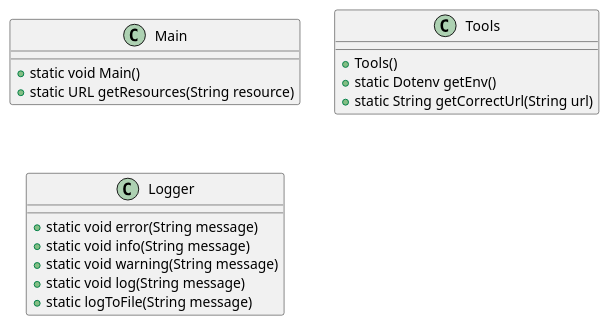
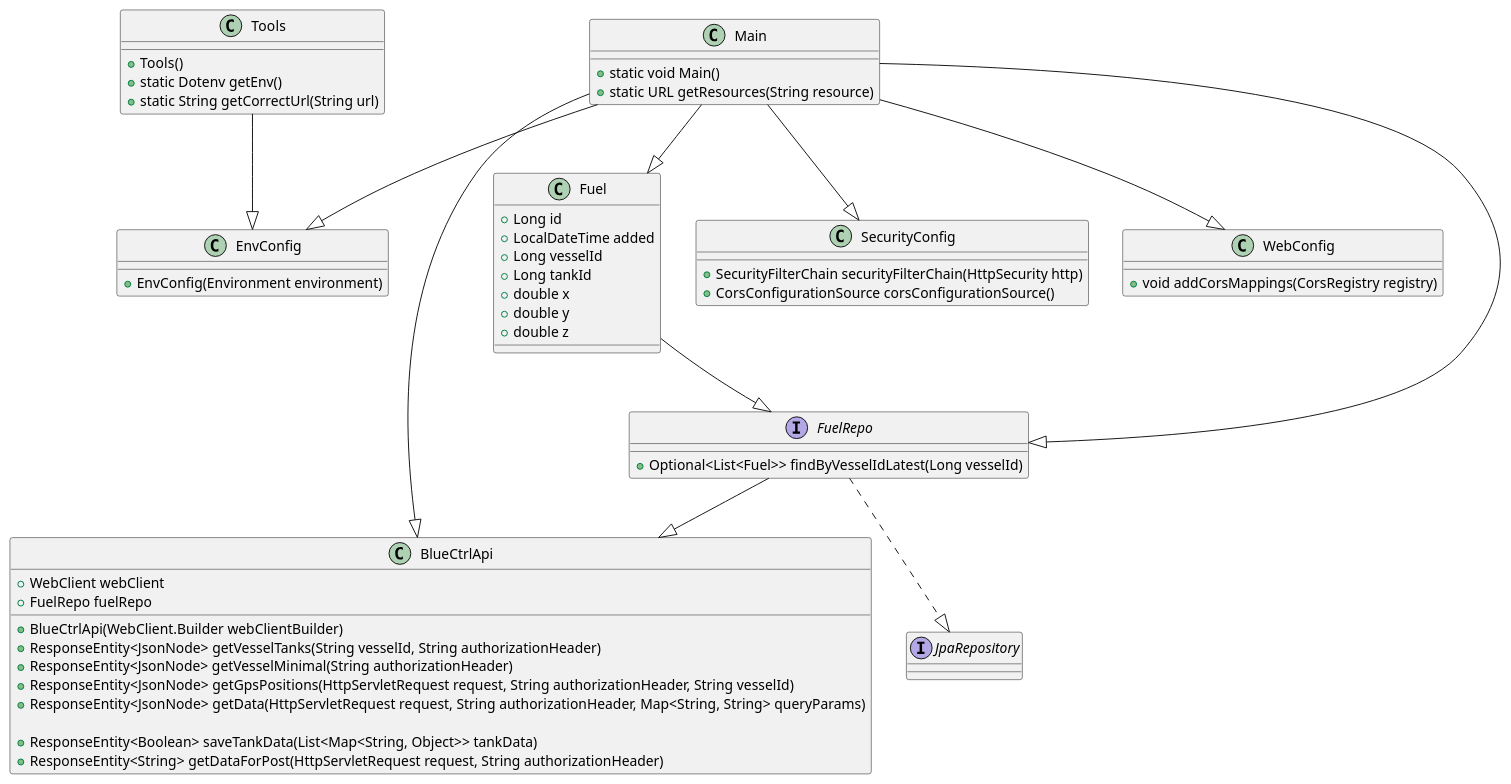
One commit to Itszipzon/BlueCTRL_Bachelor changed the diagram in server/classDiagram.puml. Above: the diagram before and after it, drawn with PlantUML. The commit also changed 12 other files, not shown here.

```diff
--- a/server/classDiagram.puml
+++ b/server/classDiagram.puml
@@ -1,21 +1,70 @@
 @startuml
+
+interface JpaRepository
+
 class Main {
   +static void Main()
   +static URL getResources(String resource)
 }
 
 class Tools {
   +Tools()
   +static Dotenv getEnv()
   +static String getCorrectUrl(String url)
 }
 
-class Logger {
-  +static void error(String message)
-  +static void info(String message)
-  +static void warning(String message)
-  +static void log(String message)
-  +static logToFile(String message)
+class BlueCtrlApi {
+  +BlueCtrlApi(WebClient.Builder webClientBuilder)
+  +WebClient webClient
+  +FuelRepo fuelRepo
+
+  +ResponseEntity<JsonNode> getVesselTanks(String vesselId, String authorizationHeader)
+  +ResponseEntity<JsonNode> getVesselMinimal(String authorizationHeader)
+  +ResponseEntity<JsonNode> getGpsPositions(HttpServletRequest request, String authorizationHeader, String vesselId)
+  +ResponseEntity<JsonNode> getData(HttpServletRequest request, String authorizationHeader, Map<String, String> queryParams)
+  
+  +ResponseEntity<Boolean> saveTankData(List<Map<String, Object>> tankData)
+  +ResponseEntity<String> getDataForPost(HttpServletRequest request, String authorizationHeader)
 }
 
+class Fuel {
+  +Long id
+  +LocalDateTime added
+  +Long vesselId
+  +Long tankId
+  +double x
+  +double y
+  +double z
+}
+
+class EnvConfig {
+  +EnvConfig(Environment environment)
+}
+
+class SecurityConfig {
+  +SecurityFilterChain securityFilterChain(HttpSecurity http)
+  +CorsConfigurationSource corsConfigurationSource()
+}
+
+class WebConfig {
+  +void addCorsMappings(CorsRegistry registry)
+}
+
+interface FuelRepo {
+  +Optional<List<Fuel>> findByVesselIdLatest(Long vesselId)
+}
+
+Fuel --|> FuelRepo
+FuelRepo ..|> JpaRepository
+FuelRepo --|> BlueCtrlApi
+Tools --|> EnvConfig
+
+Main --|> BlueCtrlApi
+Main --|> SecurityConfig
+Main --|> WebConfig
+Main --|> FuelRepo
+Main --|> Fuel
+Main --|> EnvConfig
+
+
 @enduml
```
